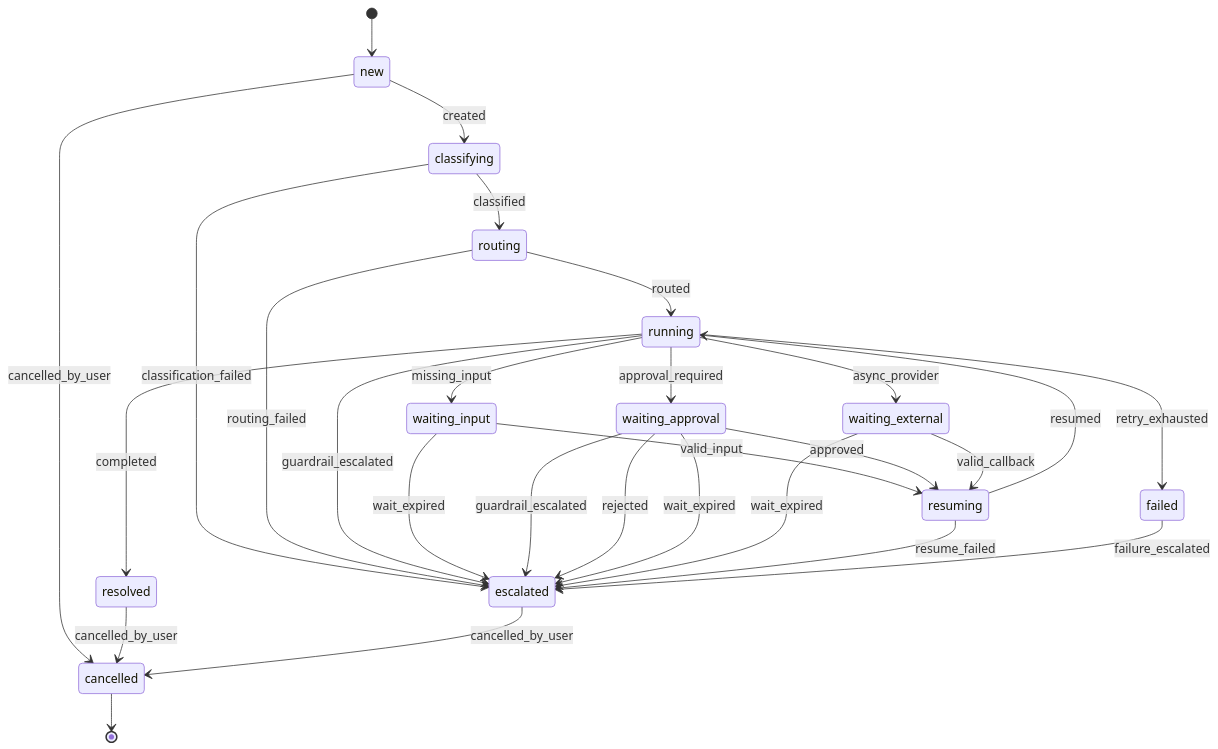
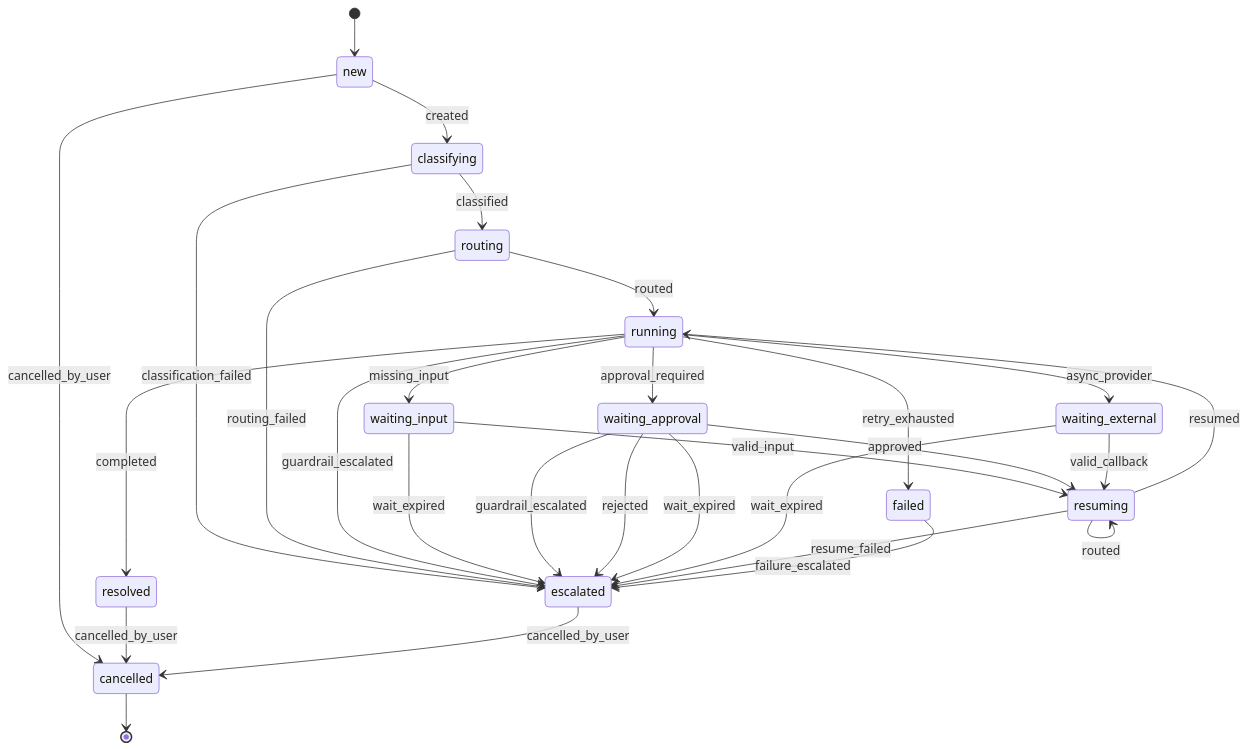
Before and after one commit to SKNETWORKS-FAMILY-AICAMP/SKN32-FINAL-6TEAM: the diagram in final_project_cs/wiki/runtime/case-state-machine.generated.md, drawn with Mermaid. The commit also changed other lines of this file and 116 other files, not shown here.

````diff
--- a/final_project_cs/wiki/runtime/case-state-machine.generated.md
+++ b/final_project_cs/wiki/runtime/case-state-machine.generated.md
@@ -8,30 +8,31 @@
 ```mermaid
 stateDiagram-v2
     [*] --> new
     new --> cancelled: cancelled_by_user
     new --> classifying: created
     classifying --> escalated: classification_failed
     classifying --> routing: classified
     routing --> running: routed
     routing --> escalated: routing_failed
     running --> waiting_approval: approval_required
     running --> waiting_external: async_provider
     running --> resolved: completed
     running --> escalated: guardrail_escalated
     running --> waiting_input: missing_input
     running --> failed: retry_exhausted
     waiting_input --> resuming: valid_input
     waiting_input --> escalated: wait_expired
     waiting_approval --> resuming: approved
     waiting_approval --> escalated: guardrail_escalated
     waiting_approval --> escalated: rejected
     waiting_approval --> escalated: wait_expired
     waiting_external --> resuming: valid_callback
     waiting_external --> escalated: wait_expired
     resuming --> escalated: resume_failed
     resuming --> running: resumed
+    resuming --> resuming: routed
     resolved --> cancelled: cancelled_by_user
     escalated --> cancelled: cancelled_by_user
     failed --> escalated: failure_escalated
     cancelled --> [*]
 ```
````
